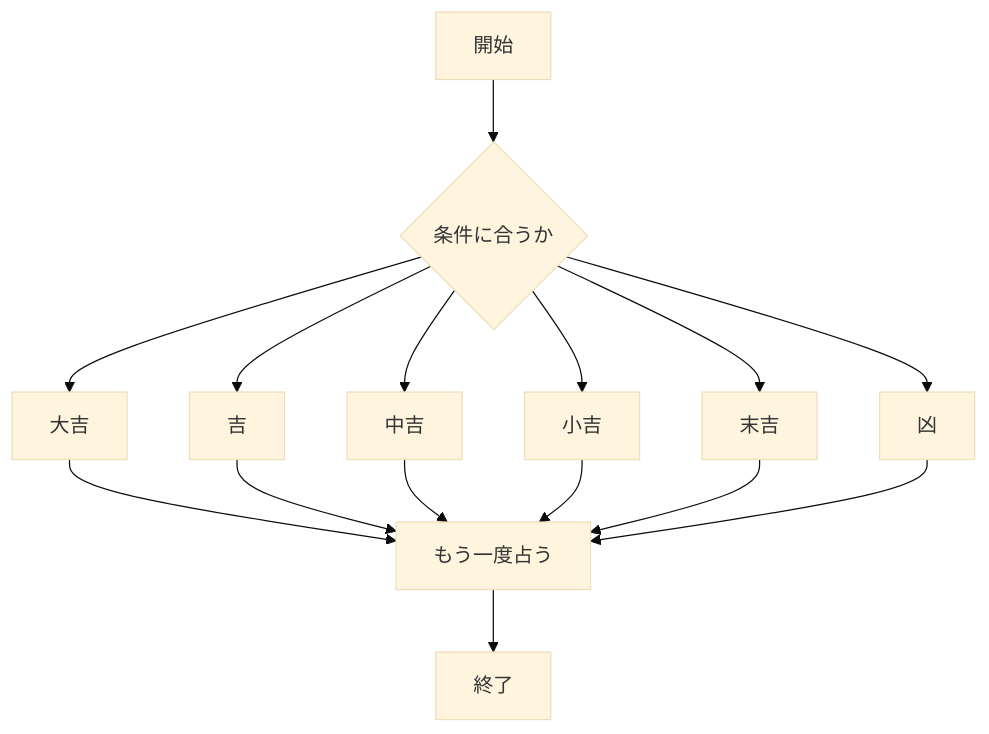
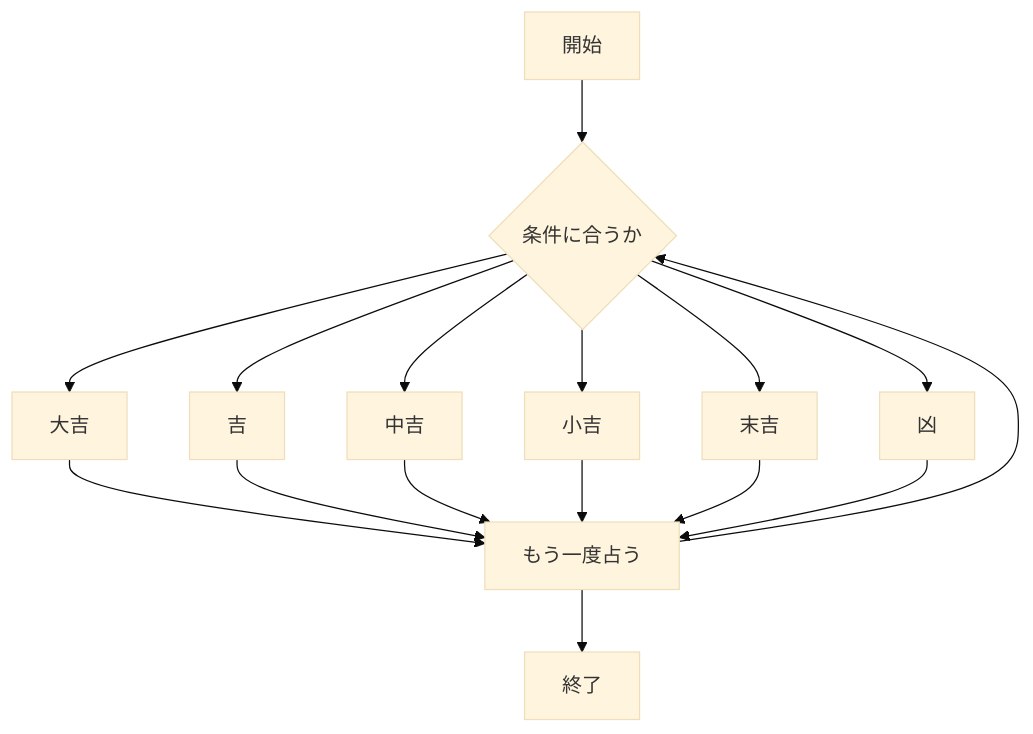
Before and after one commit to asiankungfu/webpro_06: the second of 4 diagrams in README.md, drawn with Mermaid (base theme).

Commit message:
課題を取り組んだ

````diff
--- a/README.md
+++ b/README.md
@@ -223,29 +223,30 @@
 ```mermaid
 flowchart TD;
 
 start["開始"];
 end1["終了"]
 if{"条件に合うか"}
 a["大吉"]
 b["吉"]
 c["中吉"]
 d["小吉"]
 e["末吉"]
 f["凶"]
 game["もう一度占う"]
 
 start --> if
 if -->a
 a --> game
 if -->b
 b --> game
 if -->c
 c --> game
 if -->d
 d --> game
 if -->e
 e --> game
 if -->f
 f --> game
+game --> if
 game --> end1
 ```
````
